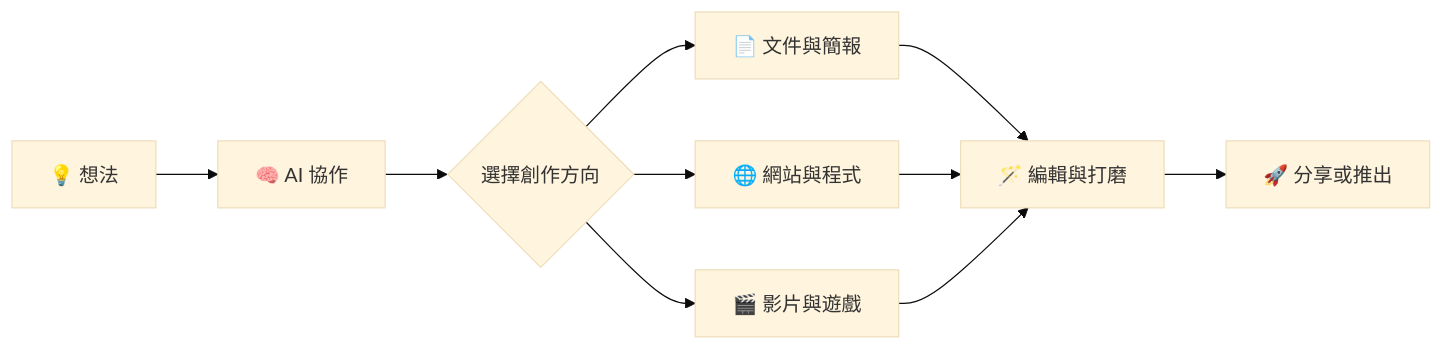
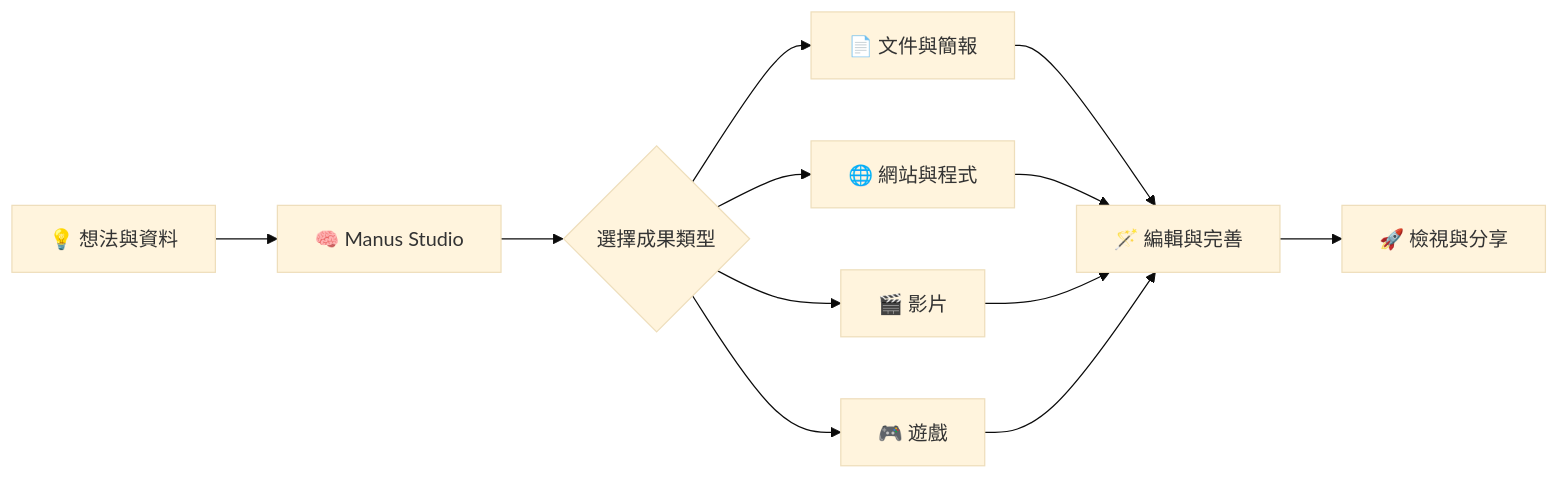
The diagram in README.md (windows64/manus_ai), drawn with Mermaid (base theme) before and after one commit. The commit also changed other lines of this file, not shown here.

````diff
--- a/README.md
+++ b/README.md
@@ -27,12 +27,14 @@
 ```mermaid
 flowchart LR
-    A[💡 想法] --> B[🧠 AI 協作]
-    B --> C{選擇創作方向}
+    A[💡 想法與資料] --> B[🧠 Manus Studio]
+    B --> C{選擇成果類型}
     C --> D[📄 文件與簡報]
     C --> E[🌐 網站與程式]
-    C --> F[🎬 影片與遊戲]
-    D --> G[🪄 編輯與打磨]
-    E --> G
-    F --> G
-    G --> H[🚀 分享或推出]
+    C --> F[🎬 影片]
+    C --> G[🎮 遊戲]
+    D --> H[🪄 編輯與完善]
+    E --> H
+    F --> H
+    G --> H
+    H --> I[🚀 檢視與分享]
 ```
````
